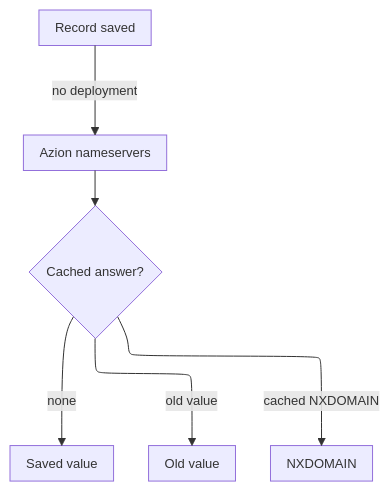
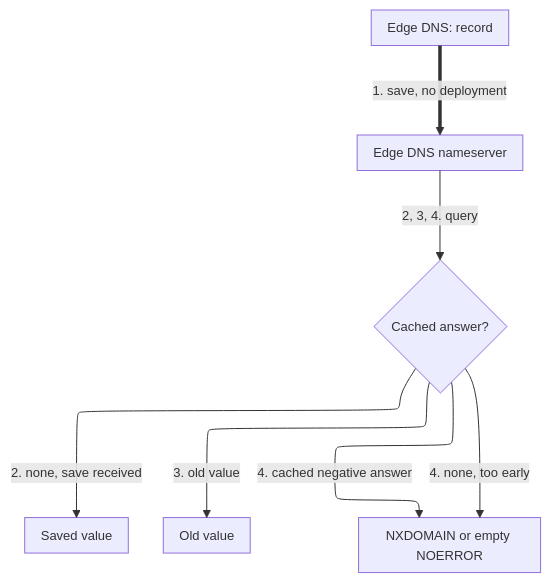
The second of 4 diagrams in apps/docs/src/content/docs/en/pages/secure/edge-dns/how-it-works.mdx (aziontech/docs), drawn with Mermaid before and after one commit. The commit also changed other lines of this file and 73 other files, not shown here.

Commit message:
fix(edge-dns): test the Edge DNS section against the product and correct the pages (#2710)

````diff
--- a/apps/docs/src/content/docs/en/pages/secure/edge-dns/how-it-works.mdx
+++ b/apps/docs/src/content/docs/en/pages/secure/edge-dns/how-it-works.mdx
@@ -52,9 +65,16 @@
 ```mermaid
 %%{init: {"layout": "elk", "themeVariables": {"fontSize": "13px"}, "flowchart": {"nodeSpacing": 24, "rankSpacing": 36, "padding": 8, "wrappingWidth": 150, "useMaxWidth": true}, "sequence": {"width": 120, "actorMargin": 30, "useMaxWidth": true}}}%%
 flowchart TD
-  Save["Record saved"] -->|"no deployment"| Ns["Azion nameservers"]
-  Ns --> Check{"Cached answer?"}
-  Check -->|"none"| New["Saved value"]
-  Check -->|"old value"| Old["Old value"]
-  Check -->|"cached NXDOMAIN"| Neg["NXDOMAIN"]
+  Rec["Edge DNS: record"]
+  NS["Edge DNS nameserver"]
+  Check{"Cached answer?"}
+  New["Saved value"]
+  Old["Old value"]
+  Neg["NXDOMAIN or empty NOERROR"]
+  Rec ==>|"1. save, no deployment"| NS
+  NS -->|"2, 3, 4. query"| Check
+  Check -->|"2. none, save received"| New
+  Check -->|"3. old value"| Old
+  Check -->|"4. none, too early"| Neg
+  Check -->|"4. cached negative answer"| Neg
 ```
````
